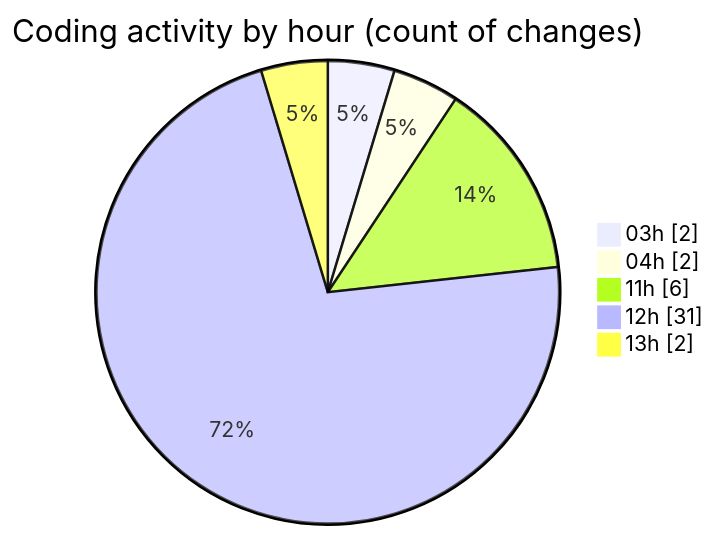
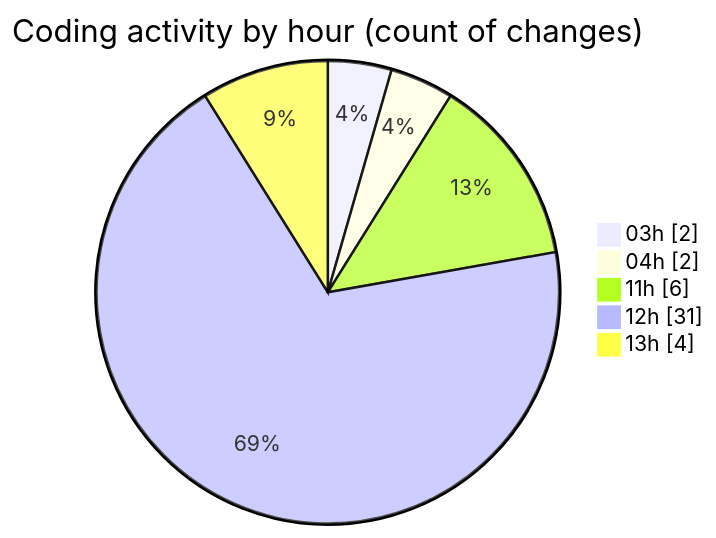
One commit to FelipKnott/code-tracking changed the second of 2 diagrams in 2025-07-04/cursor/README.md. Above: the diagram before and after it, drawn with Mermaid. The commit also changed other lines of this file and 1 other file, not shown here.

````diff
--- a/2025-07-04/cursor/README.md
+++ b/2025-07-04/cursor/README.md
@@ -45,9 +45,9 @@
 ```mermaid
 pie showData
 title Coding activity by hour (count of changes)
 "03h" : 2
 "04h" : 2
 "11h" : 6
 "12h" : 31
-"13h" : 2
+"13h" : 4
 ```
````
